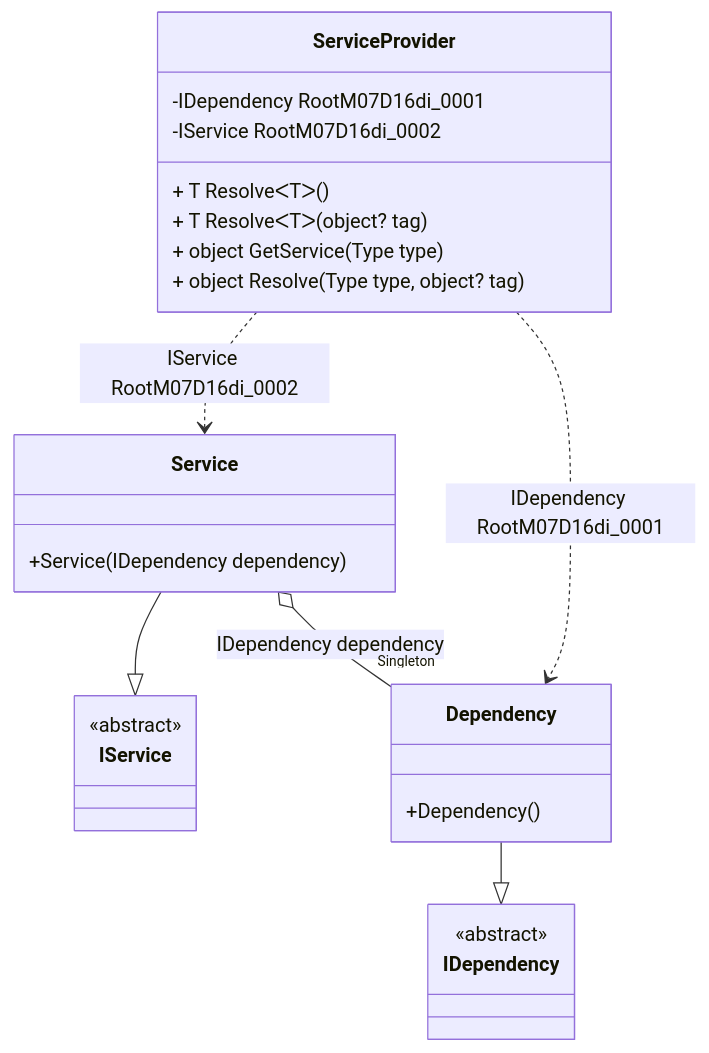
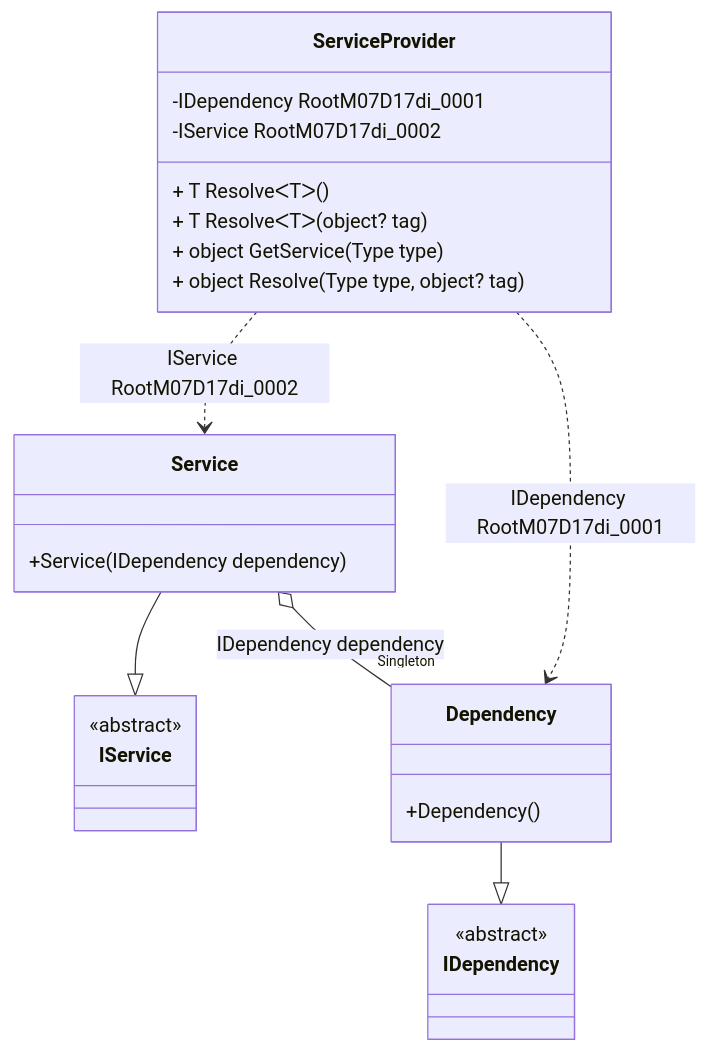
The diagram in readme/service-provider.md (DevTeam/Pure.DI), drawn with Mermaid before and after one commit. The commit also changed other lines of this file and 47 other files, not shown here.

````diff
--- a/readme/service-provider.md
+++ b/readme/service-provider.md
@@ -50,28 +50,28 @@
 ```mermaid
 classDiagram
   class ServiceProvider {
-    -IDependency RootM07D16di_0001
-    -IService RootM07D16di_0002
+    -IDependency RootM07D17di_0001
+    -IService RootM07D17di_0002
     + T ResolveᐸTᐳ()
     + T ResolveᐸTᐳ(object? tag)
     + object GetService(Type type)
     + object Resolve(Type type, object? tag)
   }
   Service --|> IService : 
   class Service {
     +Service(IDependency dependency)
   }
   Dependency --|> IDependency : 
   class Dependency {
     +Dependency()
   }
   class IService {
     <<abstract>>
   }
   class IDependency {
     <<abstract>>
   }
   Service o--  "Singleton" Dependency : IDependency dependency
-  ServiceProvider ..> Dependency : IDependency RootM07D16di_0001
-  ServiceProvider ..> Service : IService RootM07D16di_0002
+  ServiceProvider ..> Dependency : IDependency RootM07D17di_0001
+  ServiceProvider ..> Service : IService RootM07D17di_0002
 ```
````
